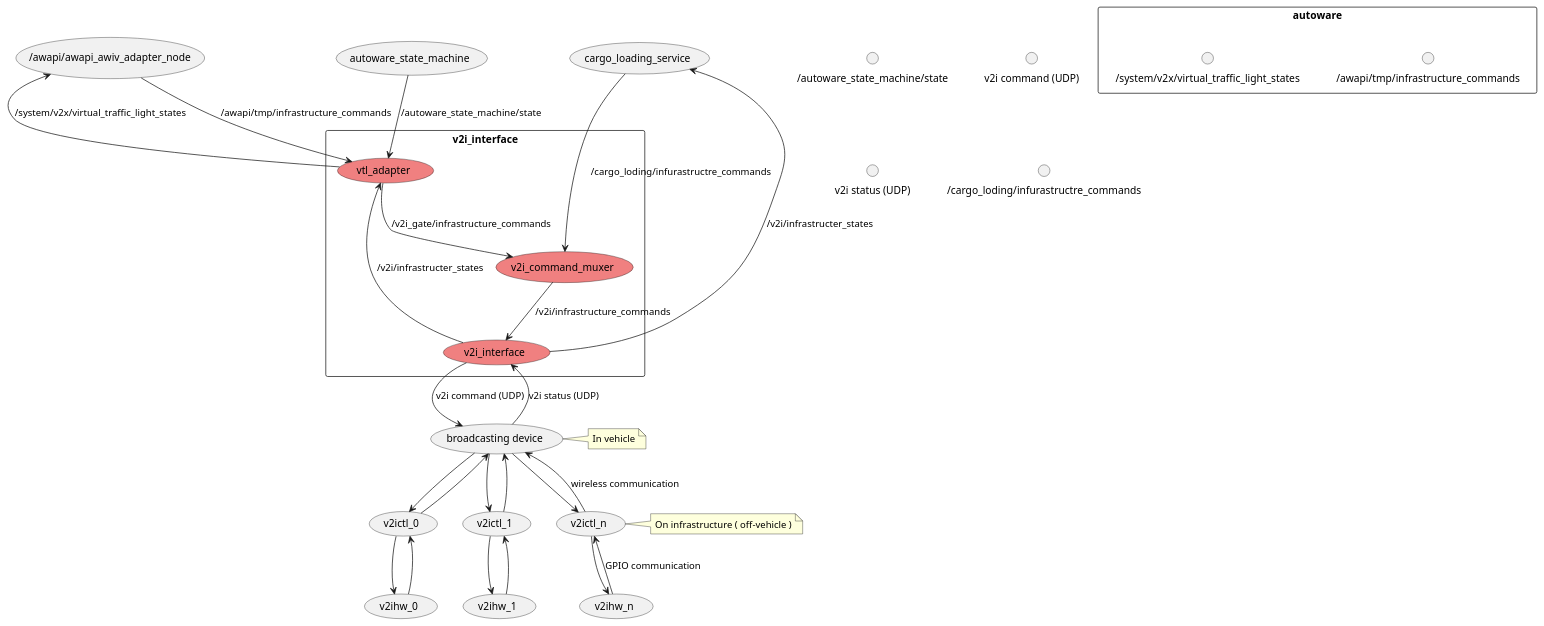
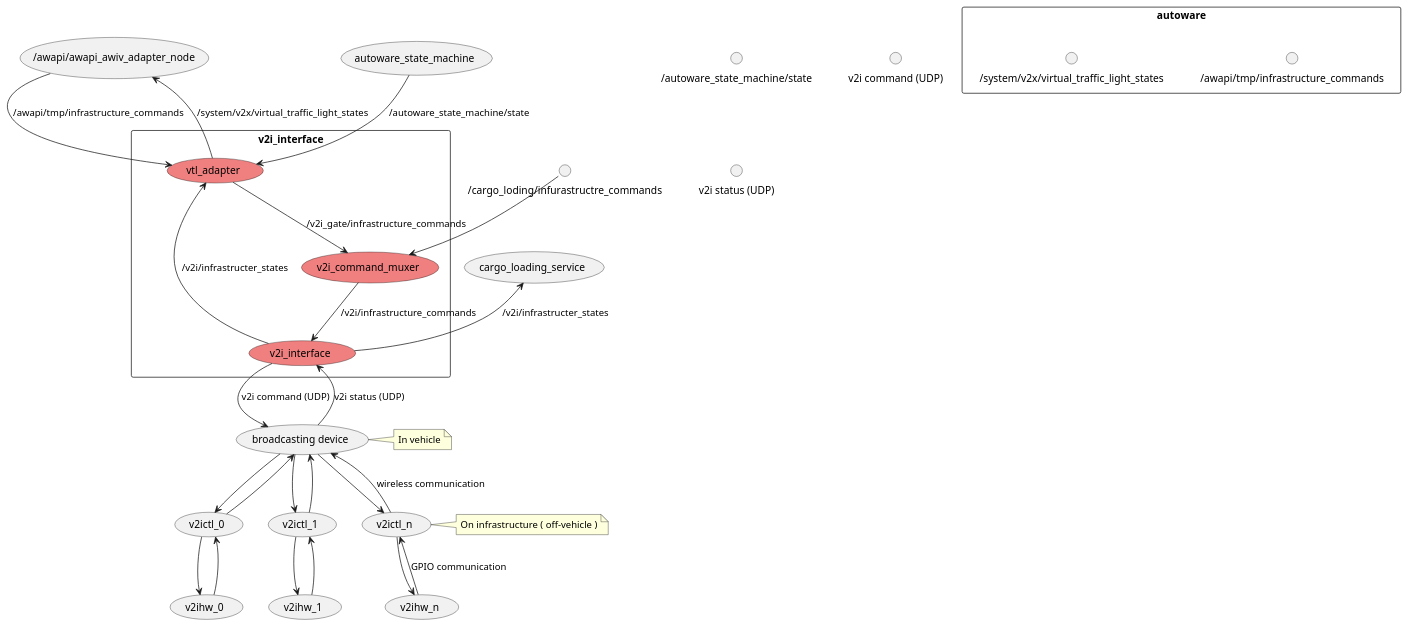
Before and after one commit to sfukuta/v2i_interface: the diagram in docs/node_graph_internal_spec.pu, drawn with PlantUML.

```diff
--- a/docs/node_graph_internal_spec.pu
+++ b/docs/node_graph_internal_spec.pu
@@ -1,47 +1,47 @@
 @startuml
 
 rectangle autoware {
   interface "/awapi/tmp/infrastructure_commands"
   interface "/system/v2x/virtual_traffic_light_states"
 }
 interface "/autoware_state_machine/state"
 rectangle "v2i_interface" as v2i {
   usecase "v2i_interface" #LightCoral
   usecase "v2i_command_muxer" #LightCoral
   usecase "vtl_adapter" #LightCoral
 } 
 interface "v2i command (UDP)" as v2i_command_udp
 interface "v2i status (UDP)" as v2i_status_udp
 interface "/cargo_loding/infurastructre_commands"
 
 (/awapi/awapi_awiv_adapter_node) --> (vtl_adapter) : /awapi/tmp/infrastructure_commands
 (/awapi/awapi_awiv_adapter_node) <-- (vtl_adapter) : /system/v2x/virtual_traffic_light_states
 (autoware_state_machine) --> (vtl_adapter) : /autoware_state_machine/state
-(cargo_loading_service) ---> (v2i_command_muxer) : /cargo_loding/infurastructre_commands
+(/cargo_loding/infurastructre_commands) --> (v2i_command_muxer)
 (vtl_adapter) --> (v2i_command_muxer) : /v2i_gate/infrastructure_commands
 (v2i_command_muxer) --> (v2i_interface) : /v2i/infrastructure_commands
 (vtl_adapter) <-- (v2i_interface) :/v2i/infrastructer_states
 (cargo_loading_service) <-- (v2i_interface) :/v2i/infrastructer_states
 (v2i_interface) --> (broadcasting device) : v2i command (UDP)
 (v2i_interface) <-- (broadcasting device) : v2i status (UDP)
 (broadcasting device) --> (v2ictl_0)
 (broadcasting device) <-- (v2ictl_0)
 (broadcasting device) --> (v2ictl_1)
 (broadcasting device) <-- (v2ictl_1)
 (broadcasting device) --> (v2ictl_n)
 (broadcasting device) <-- (v2ictl_n) : wireless communication
 
 (v2ictl_0) -[hidden] (v2ictl_1)
 (v2ictl_1) -[hidden] (v2ictl_n)
 
 (v2ictl_0) --> (v2ihw_0)
 (v2ictl_0) <-- (v2ihw_0)
 (v2ictl_1) --> (v2ihw_1)
 (v2ictl_1) <-- (v2ihw_1)
 (v2ictl_n) --> (v2ihw_n)
 (v2ictl_n) <-- (v2ihw_n) : GPIO communication
 
 note right of "broadcasting device" : In vehicle
 note right of v2ictl_n : On infrastructure ( off-vehicle )
 
 @enduml
```
